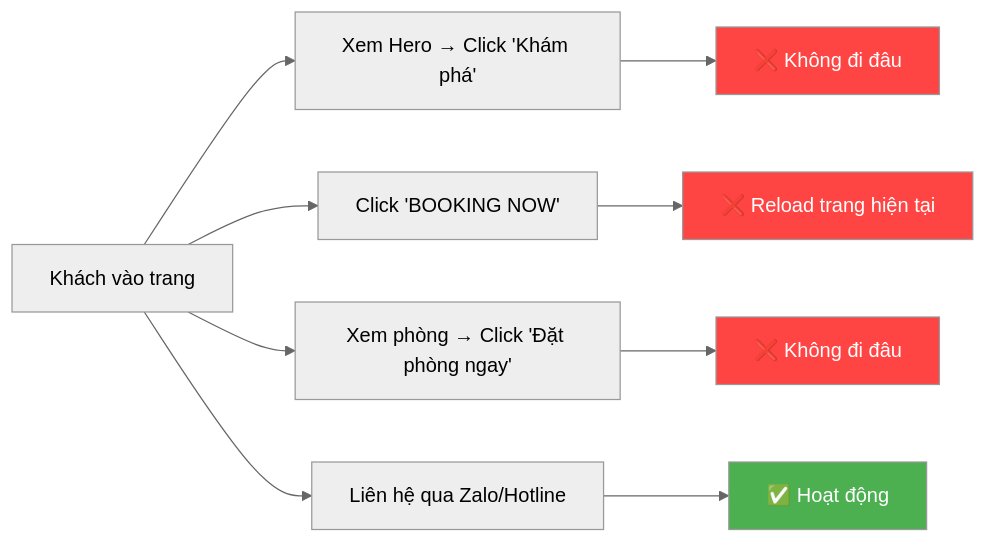
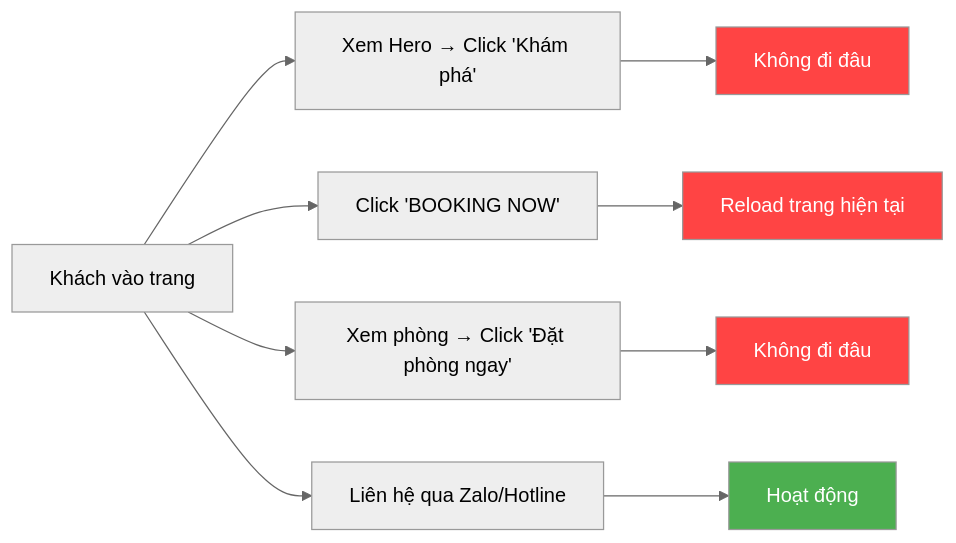
One commit to quangtruong2003/Test-website changed the diagram in README.md. Above: the diagram before and after it, drawn with Mermaid (neutral theme). The commit also changed other lines of this file, not shown here.

Commit message:
refactor: Cập nhật định dạng và nội dung README - Sửa đổi tiêu đề, cải thiện cách trình bày bảng điểm và các phần đánh giá, loại bỏ các biểu tượng cảnh báo không cần thiết, và chỉnh sửa lỗi ngữ pháp

````diff
--- a/README.md
+++ b/README.md
@@ -91,16 +89,16 @@
 ```mermaid
 graph LR
     A["Khách vào trang"] --> B["Xem Hero → Click 'Khám phá'"]
-    B --> C["❌ Không đi đâu"]
+    B --> C["Không đi đâu"]
     A --> D["Click 'BOOKING NOW'"]
-    D --> E["❌ Reload trang hiện tại"]
+    D --> E["Reload trang hiện tại"]
     A --> F["Xem phòng → Click 'Đặt phòng ngay'"]
-    F --> G["❌ Không đi đâu"]
+    F --> G["Không đi đâu"]
     A --> H["Liên hệ qua Zalo/Hotline"]
-    H --> I["✅ Hoạt động"]
+    H --> I["Hoạt động"]
     
     style C fill:#ff4444,color:white
     style E fill:#ff4444,color:white
     style G fill:#ff4444,color:white
     style I fill:#4CAF50,color:white
 ```
````
